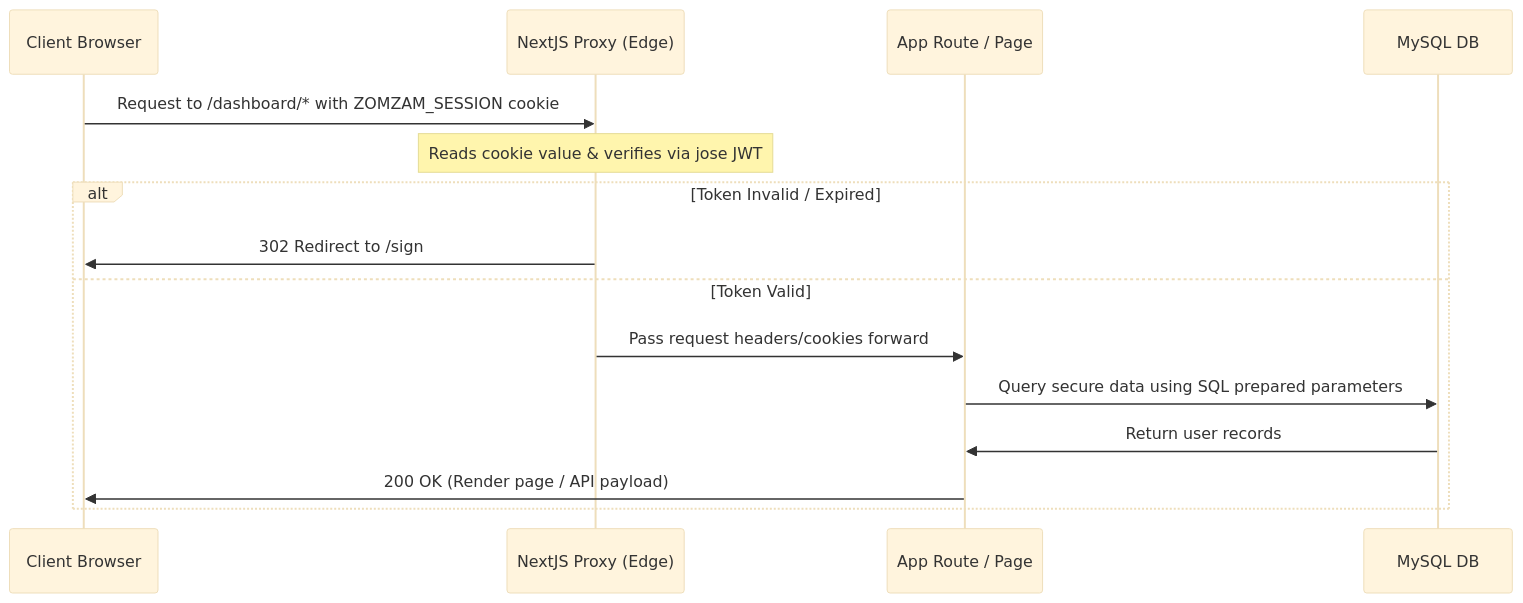
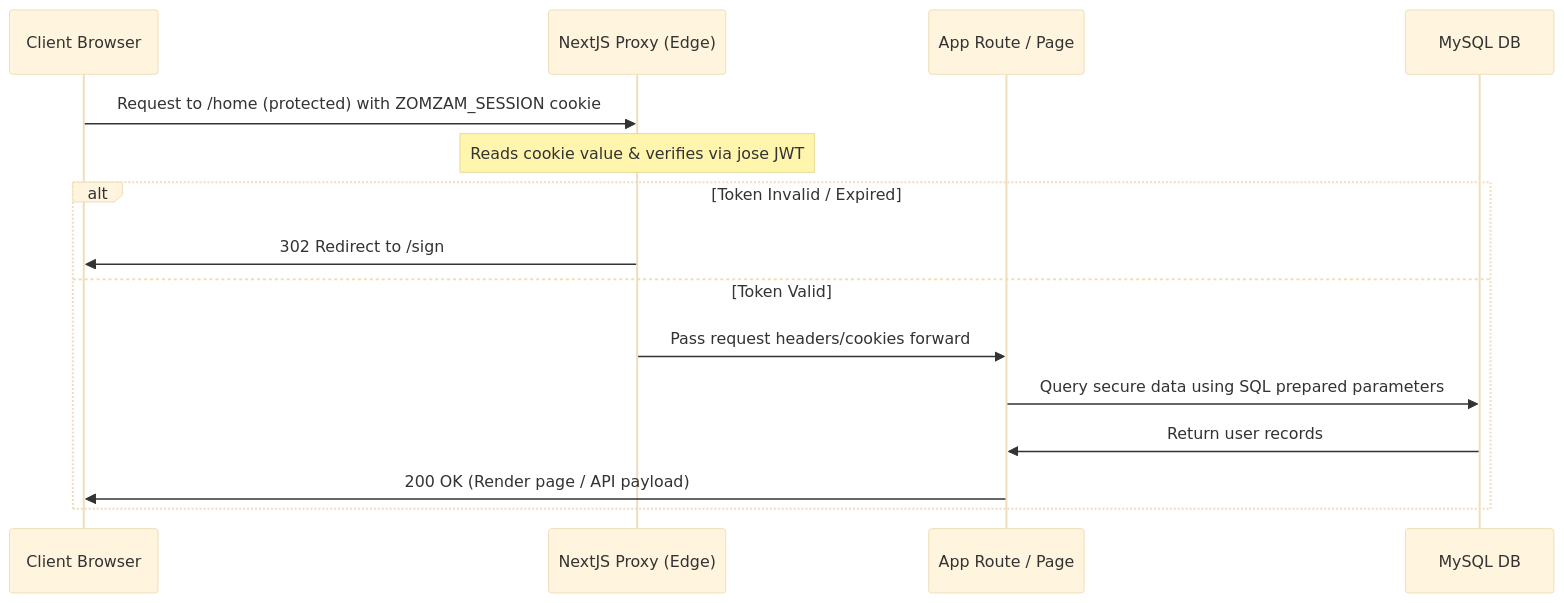
One commit to sanfor2004/zomzam changed the first of 2 diagrams in README.md. Above: the diagram before and after it, drawn with Mermaid (base theme). The commit also changed other lines of this file and 9 other files, not shown here.

````diff
--- a/README.md
+++ b/README.md
@@ -335,18 +330,18 @@
 ```mermaid
 sequenceDiagram
     participant User as Client Browser
     participant MW as NextJS Proxy (Edge)
     participant Route as App Route / Page
     participant DB as MySQL DB
 
-    User->>MW: Request to /dashboard/* with ZOMZAM_SESSION cookie
+    User->>MW: Request to /home (protected) with ZOMZAM_SESSION cookie
     Note over MW: Reads cookie value & verifies via jose JWT
     alt Token Invalid / Expired
         MW->>User: 302 Redirect to /sign
     else Token Valid
         MW->>Route: Pass request headers/cookies forward
         Route->>DB: Query secure data using SQL prepared parameters
         DB->>Route: Return user records
         Route->>User: 200 OK (Render page / API payload)
     end
 ```
````
